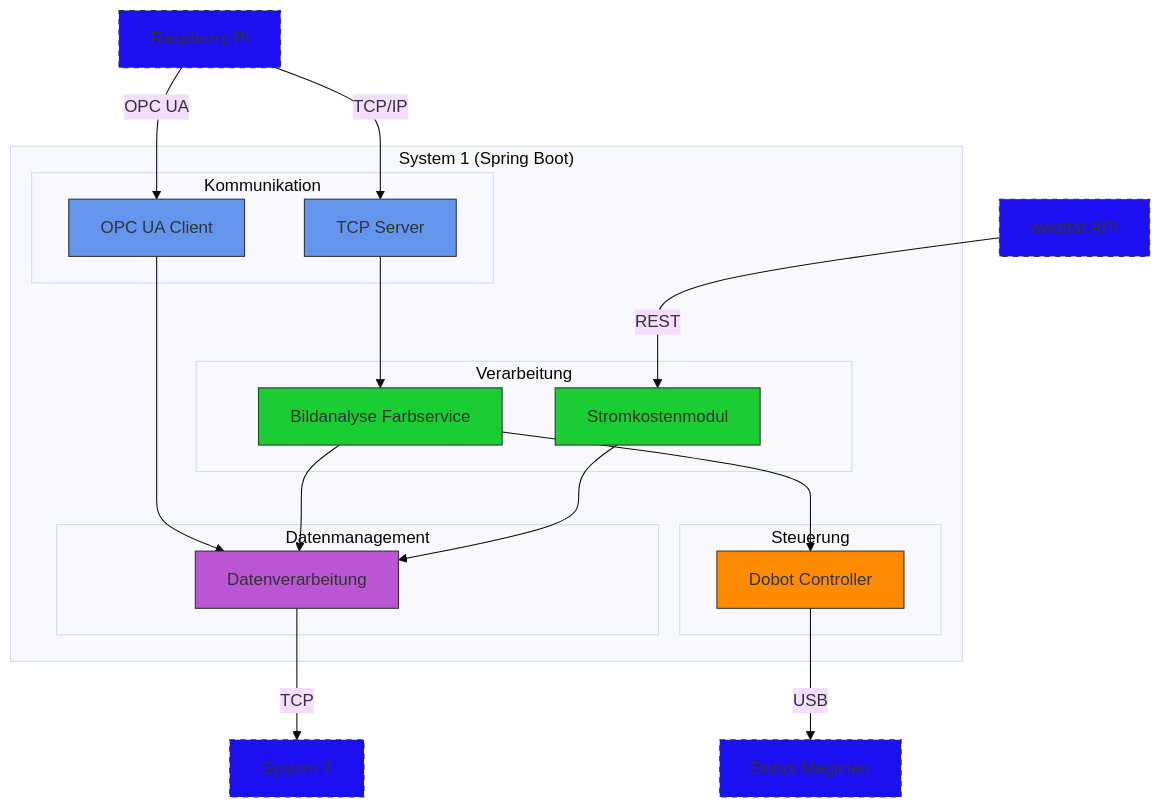
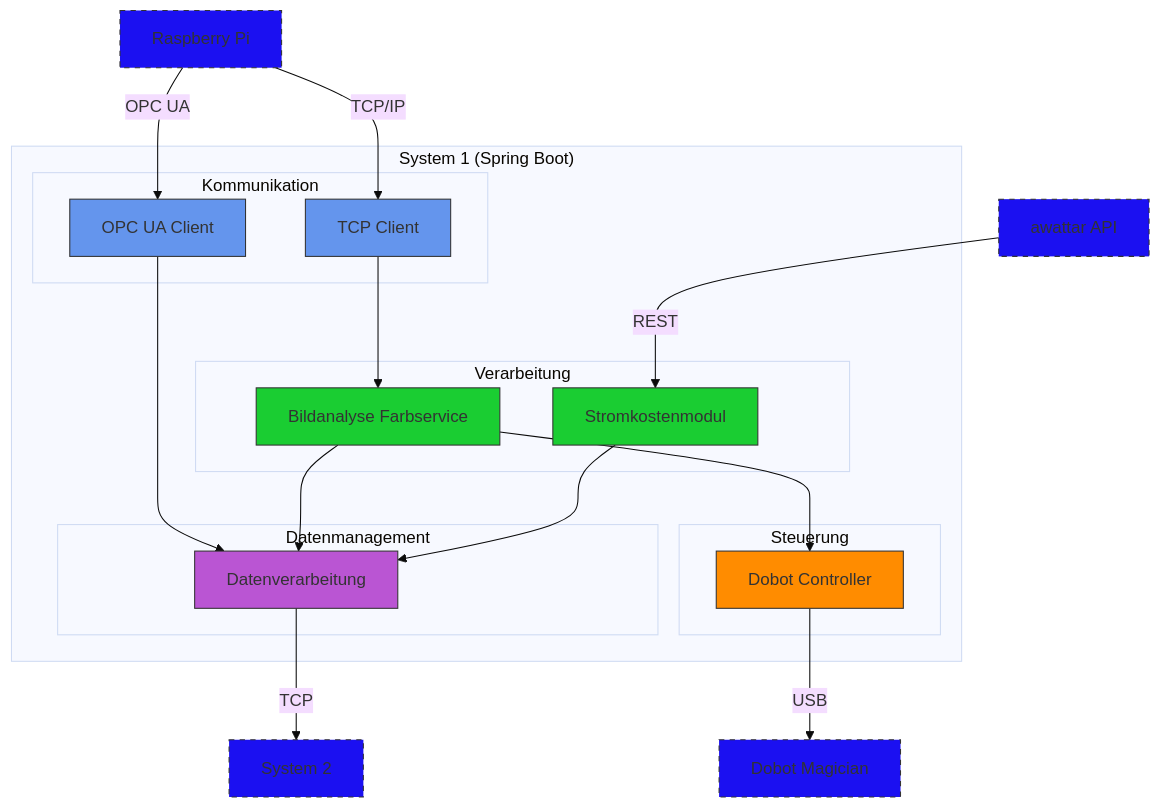
The diagram in docs/04_Komponenten_System1.md (MEscape/die-macher), drawn with Mermaid (base theme) before and after one commit. The commit also changed other lines of this file and 13 other files, not shown here.

````diff
--- a/docs/04_Komponenten_System1.md
+++ b/docs/04_Komponenten_System1.md
@@ -12,51 +12,51 @@
 ```mermaid
 flowchart TB
     %% Spring Boot Komponenten
     subgraph SB["System 1 (Spring Boot)"]
         %% Unterteilung in logische Module
         subgraph COMM["Kommunikation"]
             SB_OPC["OPC UA Client"]:::sb_comm
-            SB_TCP["TCP Server"]:::sb_comm
+            SB_TCP["TCP Client"]:::sb_comm
         end
         
         subgraph PROC["Verarbeitung"]
             SB_IMG["Bildanalyse Farbservice"]:::sb_proc
             SB_COST["Stromkostenmodul"]:::sb_proc
         end
         
         subgraph CTRL["Steuerung"]
             SB_ROB["Dobot Controller"]:::sb_ctrl
         end
         
         subgraph DATA["Datenmanagement"]
             SB_FWD["Datenverarbeitung"]:::sb_data
         end
         
         %% Interne Verbindungen
         SB_TCP --> SB_IMG
         SB_IMG --> SB_ROB
         SB_OPC --> SB_FWD
         SB_IMG --> SB_FWD
         SB_COST --> SB_FWD
     end
     
     %% Externe Systeme
     RPI["Raspberry Pi"]:::external
     DOBOT["Dobot Magician"]:::external
     AWATTAR["awattar API"]:::external
     SYS2["System 2"]:::external
     
     %% Externe Verbindungen
     RPI -->|"OPC UA"| SB_OPC
     RPI -->|"TCP/IP"| SB_TCP
     SB_ROB -->|"USB"| DOBOT
     AWATTAR -->|"REST"| SB_COST
     SB_FWD -->|"TCP"| SYS2
     
     %% Styling
     classDef sb_comm fill:#6495ED,stroke:#333,stroke-width:1px
     classDef sb_proc fill:#1ACD32,stroke:#333,stroke-width:1px
     classDef sb_ctrl fill:#FF8C00,stroke:#333,stroke-width:1px
     classDef sb_data fill:#BA55D3,stroke:#333,stroke-width:1px
     classDef external fill:#1B10F1,stroke:#333,stroke-width:1px,stroke-dasharray: 5 5
 ```
````
